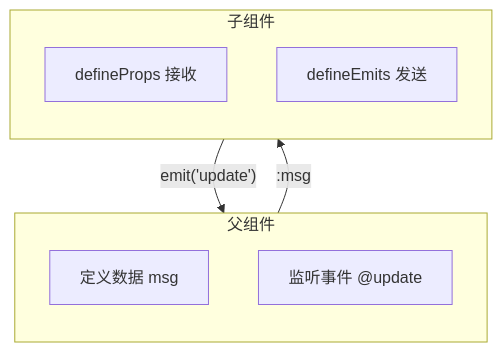
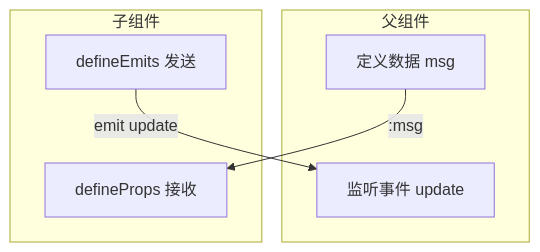
The third of 3 diagrams in _posts/2026-08-01-vue-common-objects.md (Tonite14/tonite14.github.io), drawn with Mermaid before and after one commit. The commit also changed other lines of this file, not shown here.

````diff
--- a/_posts/2026-08-01-vue-common-objects.md
+++ b/_posts/2026-08-01-vue-common-objects.md
@@ -166,15 +166,13 @@
 ```mermaid
-flowchart TD
+graph TD
     subgraph 父组件
-        direction TB
-        A["定义数据 msg"]
-        B["监听事件 @update"]
+        A[定义数据 msg]
+        B[监听事件 update]
     end
     subgraph 子组件
-        direction TB
-        C["defineProps 接收"]
-        D["defineEmits 发送"]
+        C[defineProps 接收]
+        D[defineEmits 发送]
     end
-    A -->|":msg"| C
-    D -->|"emit('update')"| B
+    A -->|:msg| C
+    D -->|emit update| B
 ```
````
